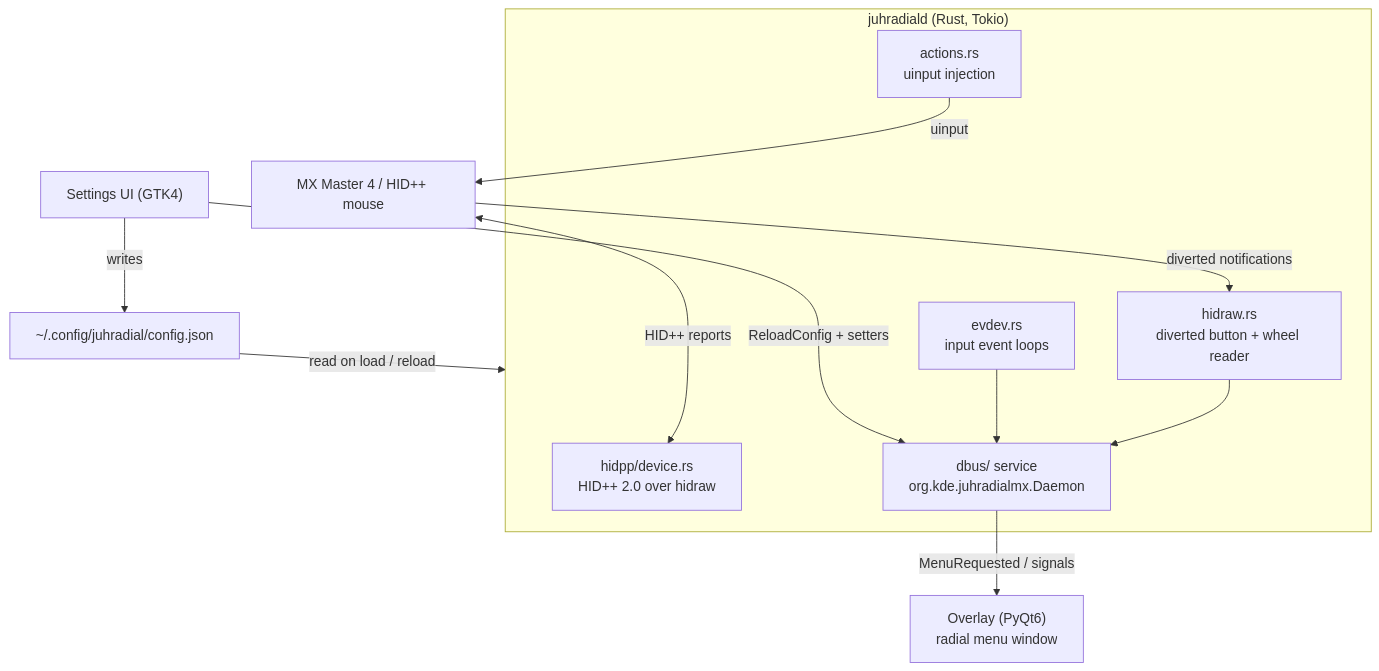
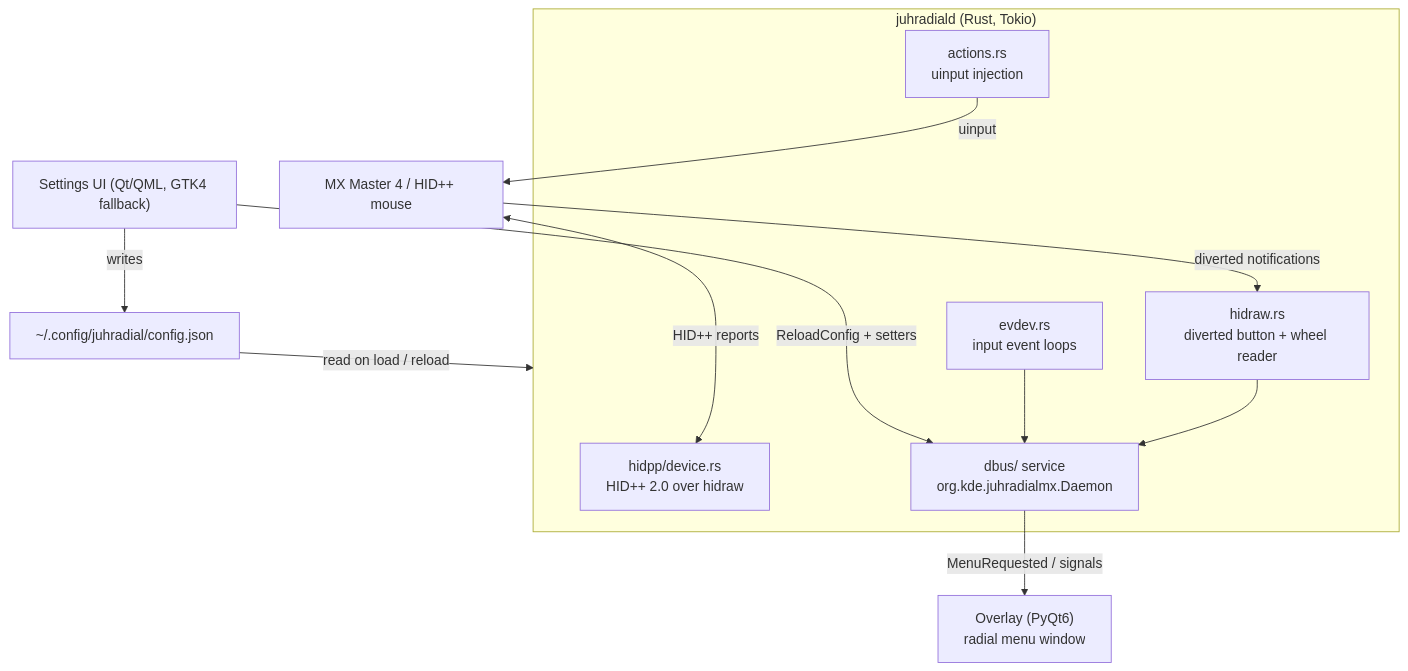
Before and after one commit to JuhLabs/juhradial-mx: the diagram in docs/architecture.md, drawn with Mermaid. The commit also changed other lines of this file and 231 other files, not shown here.

````diff
--- a/docs/architecture.md
+++ b/docs/architecture.md
@@ -21,24 +21,24 @@
 ```mermaid
 flowchart TD
     MX["MX Master 4 / HID++ mouse"]
     subgraph Daemon["juhradiald (Rust, Tokio)"]
         HID["hidpp/device.rs<br/>HID++ 2.0 over hidraw"]
         HR["hidraw.rs<br/>diverted button + wheel reader"]
         EV["evdev.rs<br/>input event loops"]
         ACT["actions.rs<br/>uinput injection"]
         DBUS["dbus/ service<br/>org.kde.juhradialmx.Daemon"]
     end
     Overlay["Overlay (PyQt6)<br/>radial menu window"]
-    Settings["Settings UI (GTK4)"]
+    Settings["Settings UI (Qt/QML, GTK4 fallback)"]
     Config["~/.config/juhradial/config.json"]
 
     MX <-->|HID++ reports| HID
     MX -->|diverted notifications| HR
     HR --> DBUS
     EV --> DBUS
     ACT -->|uinput| MX
     DBUS -->|MenuRequested / signals| Overlay
     Settings -->|ReloadConfig + setters| DBUS
     Settings -->|writes| Config
     Config -->|read on load / reload| Daemon
 ```
````
